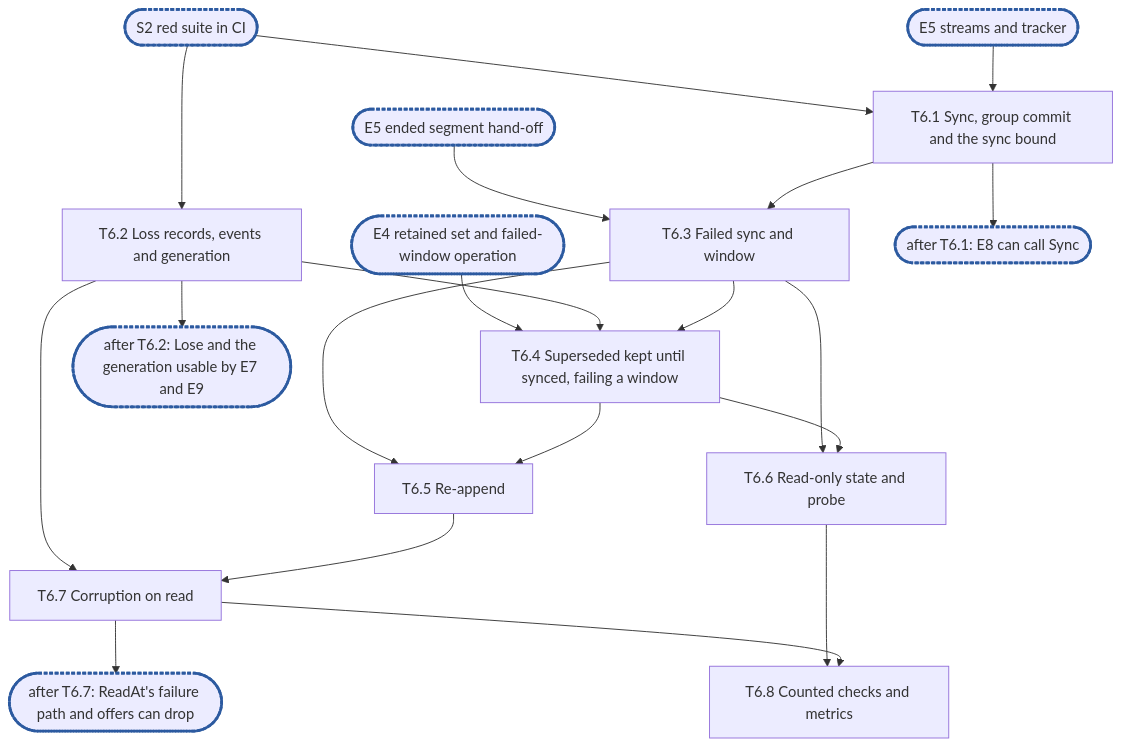
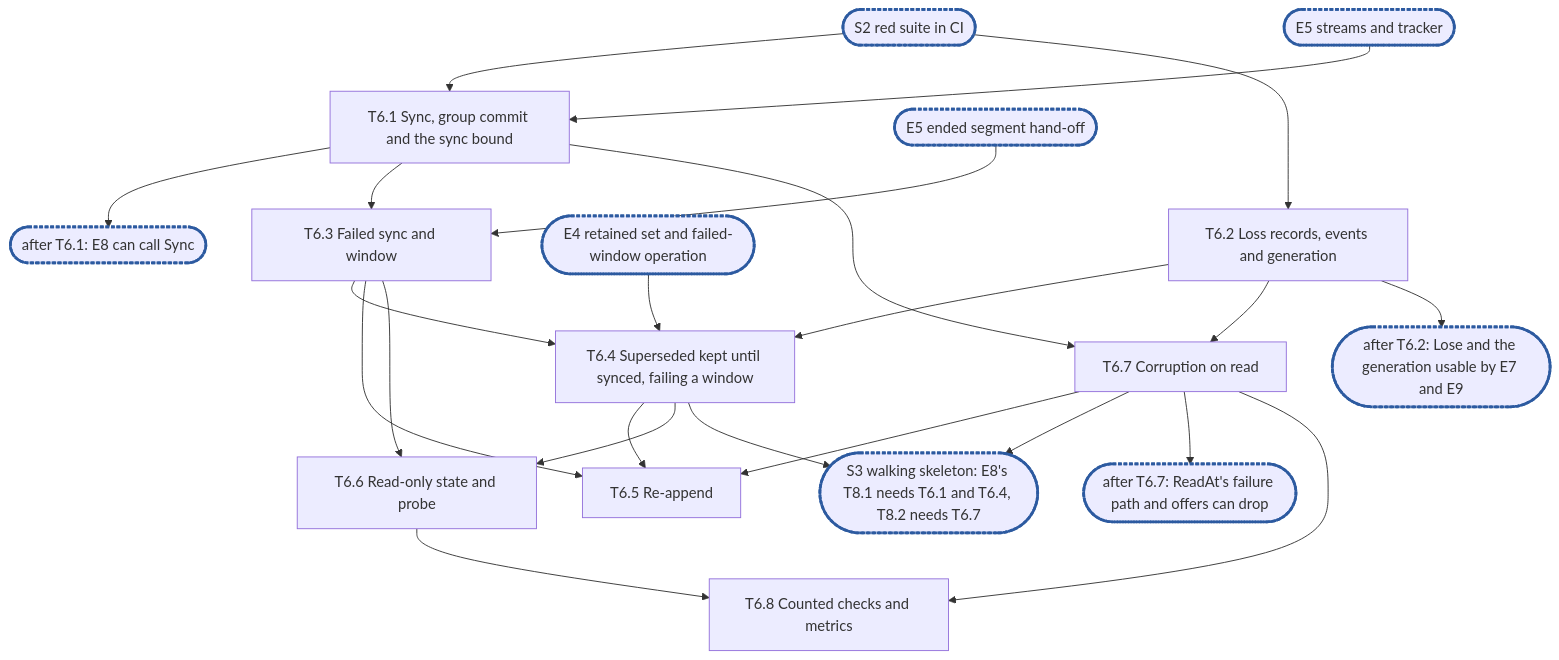
Before and after one commit to marmos91/dittofs: the diagram in docs/internals/planning/rfc-1-journal-epic6.md, drawn with Mermaid. The commit also changed other lines of this file and 3 other files, not shown here.

````diff
--- a/docs/internals/planning/rfc-1-journal-epic6.md
+++ b/docs/internals/planning/rfc-1-journal-epic6.md
@@ -870,23 +965,26 @@
 ```mermaid
 flowchart TD
   S2(["S2 red suite in CI"]):::sync --> T1["T6.1 Sync, group commit and the sync bound"]
   S2 --> T2["T6.2 Loss records, events and generation"]
   E5s(["E5 streams and tracker"]):::sync --> T1
   E5e(["E5 ended segment hand-off"]):::sync --> T3
   E4r(["E4 retained set and failed-window operation"]):::sync --> T4
   T1 --> C1(["after T6.1: E8 can call Sync"]):::sync
   T1 --> T3["T6.3 Failed sync and window"]
   T2 --> T4["T6.4 Superseded kept until synced, failing a window"]
   T3 --> T4
   T3 --> T5["T6.5 Re-append"]
   T4 --> T5
   T3 --> T6["T6.6 Read-only state and probe"]
   T4 --> T6
-  T2 --> T7["T6.7 Corruption on read"]
-  T5 --> T7
+  T1 --> T7["T6.7 Corruption on read"]
+  T2 --> T7
+  T7 --> T5
   T2 --> C2(["after T6.2: Lose and the generation usable by E7 and E9"]):::sync
+  T4 --> S3(["S3 walking skeleton: E8's T8.1 needs T6.1 and T6.4, T8.2 needs T6.7"]):::sync
+  T7 --> S3
   T7 --> C3(["after T6.7: ReadAt's failure path and offers can drop"]):::sync
   T6 --> T8["T6.8 Counted checks and metrics"]
   T7 --> T8
   classDef sync stroke:#2c5aa0,stroke-width:3px,stroke-dasharray:4 2
 ```
````
